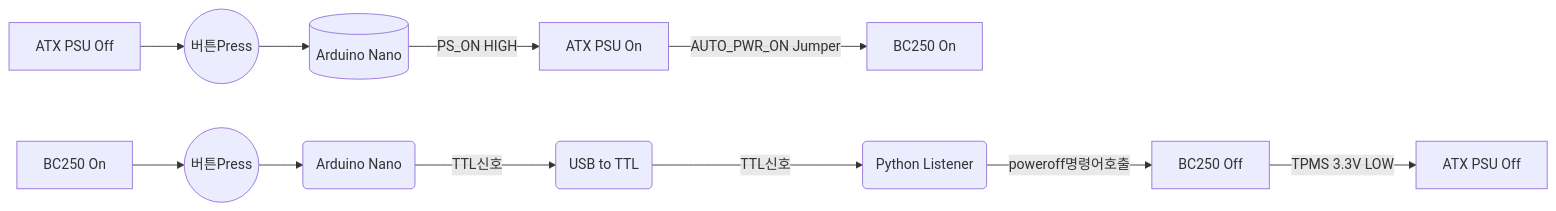
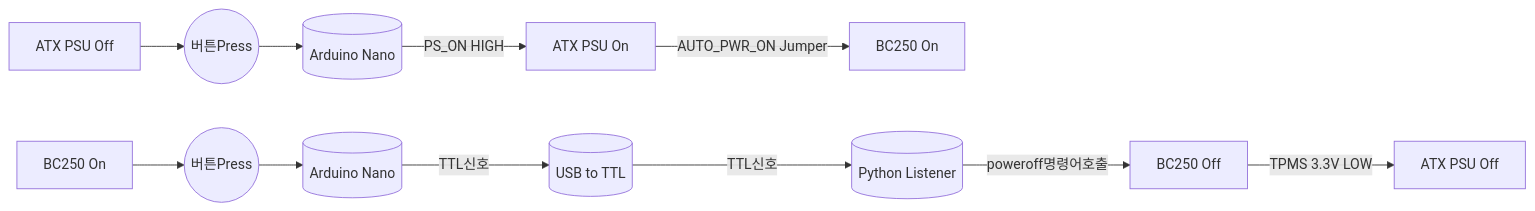
The first of 2 diagrams in README.md (coolsolgit/BC250-ATX-PSU-Control), drawn with Mermaid before and after one commit.

````diff
--- a/README.md
+++ b/README.md
@@ -23,14 +23,14 @@
 ```mermaid
 flowchart LR
 A1[ATX PSU Off] --> B1((버튼Press))
   B1 --> C1[(Arduino Nano)]
   C1 -->|PS_ON HIGH| D1[ATX PSU On]
   D1 -->|AUTO_PWR_ON Jumper| E1[BC250 On]
 A2[BC250 On] --> B2((버튼Press))
-  B2 --> C2(Arduino Nano)
-  C2 -->|TTL신호| D2(USB to TTL)
-  D2 -->|TTL신호| E2(Python Listener)
+  B2 --> C2[(Arduino Nano)]
+  C2 -->|TTL신호| D2[(USB to TTL)]
+  D2 -->|TTL신호| E2[(Python Listener)]
   E2 -->|poweroff명령어호출| F2[BC250 Off]
   F2 -->|TPMS 3.3V LOW| G2[ATX PSU Off]
 
 ```
````
